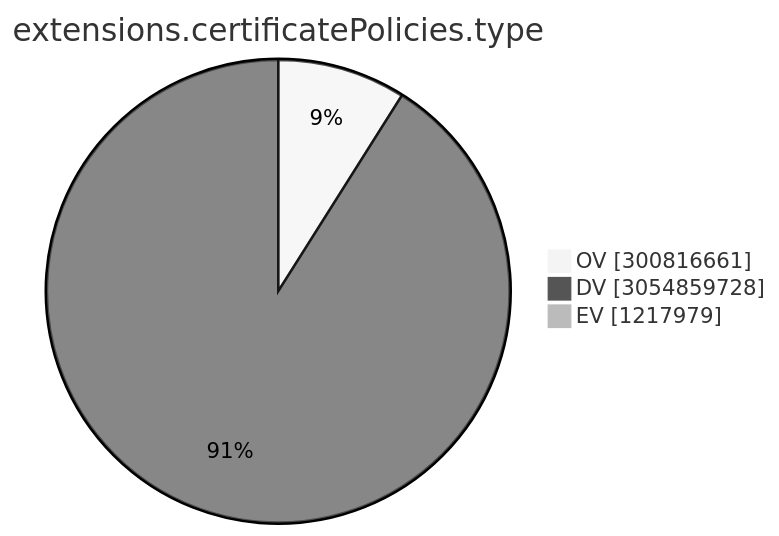
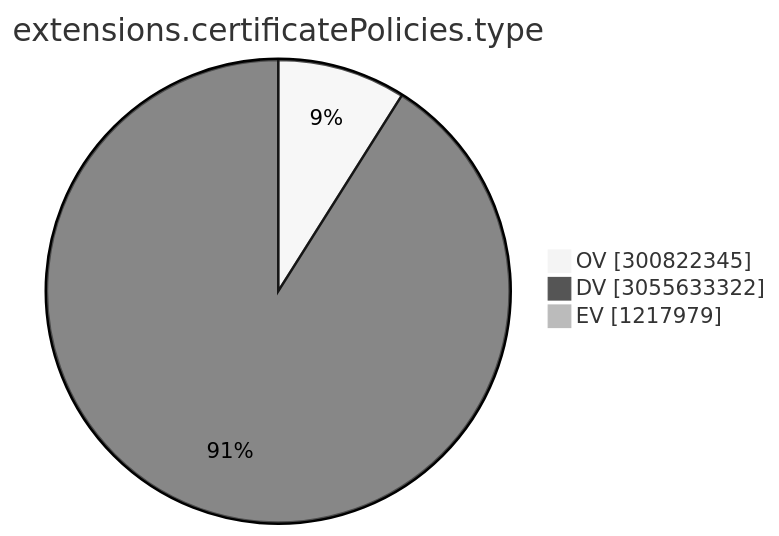
The ninth of 15 diagrams in TOTAL/README.md (christiankrug/ctmonitor_visualization), drawn with Mermaid (neutral theme) before and after one commit. The commit also changed other lines of this file, not shown here.

````diff
--- a/TOTAL/README.md
+++ b/TOTAL/README.md
@@ -3102,7 +3102,7 @@
 ```mermaid
 pie showData
 title extensions.certificatePolicies.type
-"OV" :300816661
-"DV" :3054859728
+"OV" :300822345
+"DV" :3055633322
 "EV" :1217979
 ```
````
